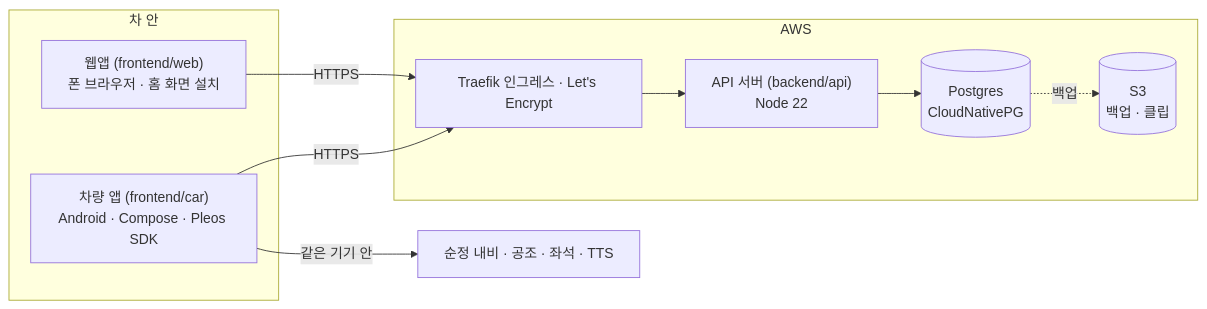
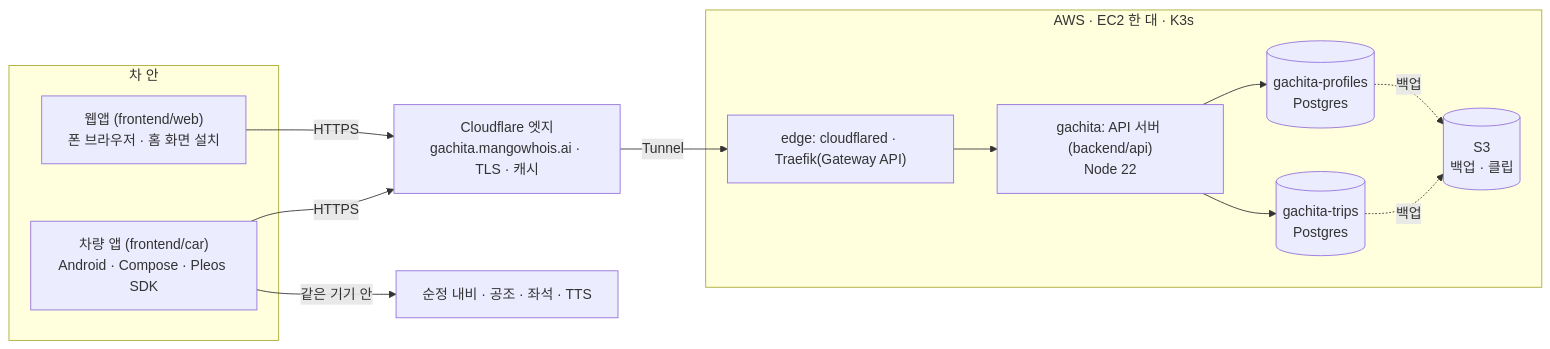
Before and after one commit to team-pitcrew/gachita: the diagram in docs/architecture.md, drawn with Mermaid. The commit also changed other lines of this file and 52 other files, not shown here.

````diff
--- a/docs/architecture.md
+++ b/docs/architecture.md
@@ -27,18 +27,23 @@
 ```mermaid
 flowchart LR
   subgraph 차 안
     Car["차량 앱 (frontend/car)\nAndroid · Compose · Pleos SDK"]
     Phone["웹앱 (frontend/web)\n폰 브라우저 · 홈 화면 설치"]
   end
-  subgraph AWS
-    Edge["Traefik 인그레스 · Let's Encrypt"]
-    API["API 서버 (backend/api)\nNode 22"]
-    PG[("Postgres\nCloudNativePG")]
+  CF["Cloudflare 엣지\ngachita.mangowhois.ai · TLS · 캐시"]
+  subgraph AWS["AWS · EC2 한 대 · K3s"]
+    Edge["edge: cloudflared · Traefik(Gateway API)"]
+    API["gachita: API 서버 (backend/api)\nNode 22"]
+    PGT[("gachita-trips\nPostgres")]
+    PGP[("gachita-profiles\nPostgres")]
     S3[("S3\n백업 · 클립")]
   end
-  Car -->|HTTPS| Edge
-  Phone -->|HTTPS| Edge
-  Edge --> API --> PG
-  PG -.->|백업| S3
+  Car -->|HTTPS| CF
+  Phone -->|HTTPS| CF
+  CF -->|Tunnel| Edge --> API
+  API --> PGT
+  API --> PGP
+  PGT -.->|백업| S3
+  PGP -.->|백업| S3
   Car -->|같은 기기 안| Pleos["순정 내비 · 공조 · 좌석 · TTS"]
 ```
````
